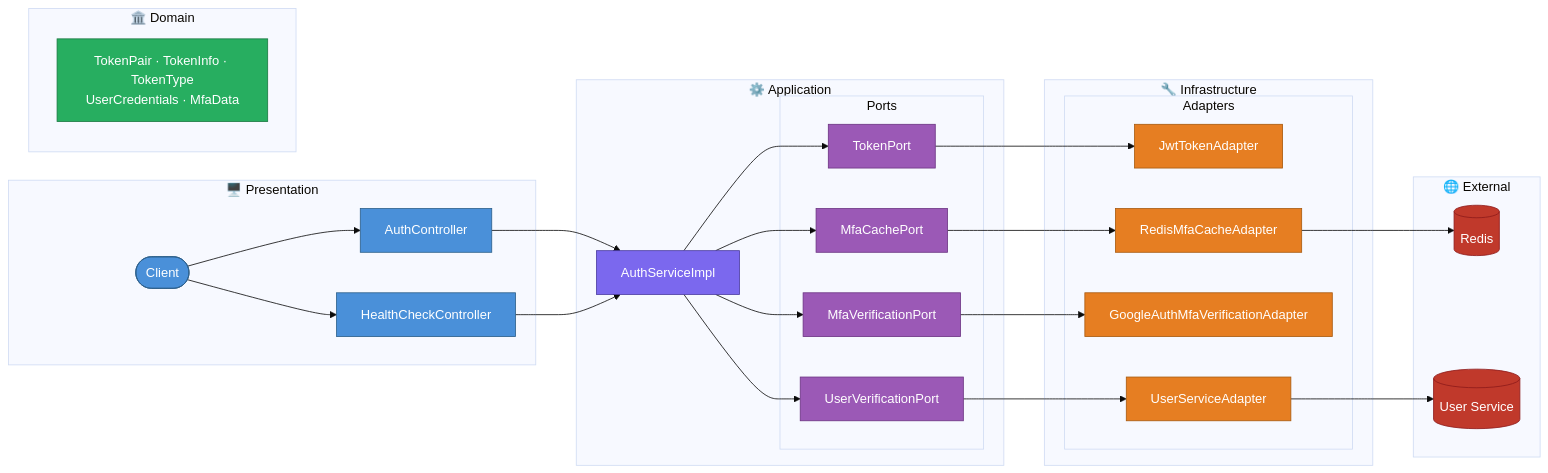
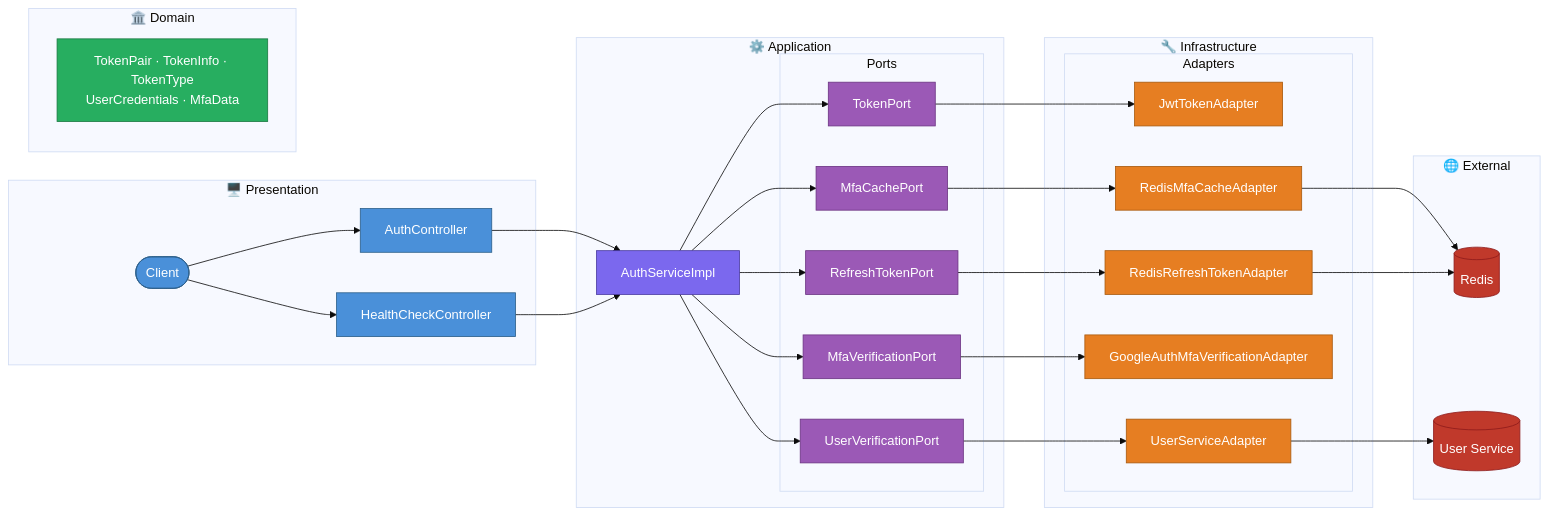
The second of 2 diagrams in README.md (mrzodeczko-dev/security-platform), drawn with Mermaid (base theme) before and after one commit. The commit also changed other lines of this file and 2 other files, not shown here.

````diff
--- a/README.md
+++ b/README.md
@@ -217,58 +228,61 @@
 ```mermaid
 graph LR
     classDef presentation fill:#4a90d9,stroke:#2c5f8a,color:#fff
     classDef application fill:#7b68ee,stroke:#4a3aa0,color:#fff
     classDef port fill:#9b59b6,stroke:#6c3483,color:#fff
     classDef domain fill:#27ae60,stroke:#1a7a42,color:#fff
     classDef infra fill:#e67e22,stroke:#a85a0f,color:#fff
     classDef external fill:#c0392b,stroke:#8e1a1a,color:#fff
 
     subgraph PRESENTATION["🖥️ Presentation"]
         C([Client])
         AC[AuthController]
         HC[HealthCheckController]
     end
 
     subgraph APPLICATION["⚙️ Application"]
         AUS[AuthServiceImpl]
         subgraph PORTS["Ports"]
             TP[TokenPort]
             MCP[MfaCachePort]
             MVP[MfaVerificationPort]
             UVP[UserVerificationPort]
+            RTP[RefreshTokenPort]
         end
     end
 
     subgraph DOMAIN["🏛️ Domain"]
         M["TokenPair · TokenInfo · TokenType<br/>UserCredentials · MfaData"]
     end
 
     subgraph INFRASTRUCTURE["🔧 Infrastructure"]
         subgraph ADAPTERS["Adapters"]
             JTA[JwtTokenAdapter]
             RCA[RedisMfaCacheAdapter]
+            RRA[RedisRefreshTokenAdapter]
             GMA[GoogleAuthMfaVerificationAdapter]
             USA[UserServiceAdapter]
         end
     end
 
     subgraph EXTERNAL["🌐 External"]
         R[(Redis)]
         US[(User Service)]
     end
 
     C --> AC & HC
     AC & HC --> AUS
-    AUS --> TP & MCP & MVP & UVP
+    AUS --> TP & MCP & MVP & UVP & RTP
     TP --> JTA
     MCP --> RCA --> R
+    RTP --> RRA --> R
     MVP --> GMA
     UVP --> USA --> US
 
     class C,AC,HC presentation
     class AUS application
-    class TP,MCP,MVP,UVP port
+    class TP,MCP,MVP,UVP,RTP port
     class M domain
-    class JTA,RCA,GMA,USA infra
+    class JTA,RCA,RRA,GMA,USA infra
     class R,US external
 ```
````
